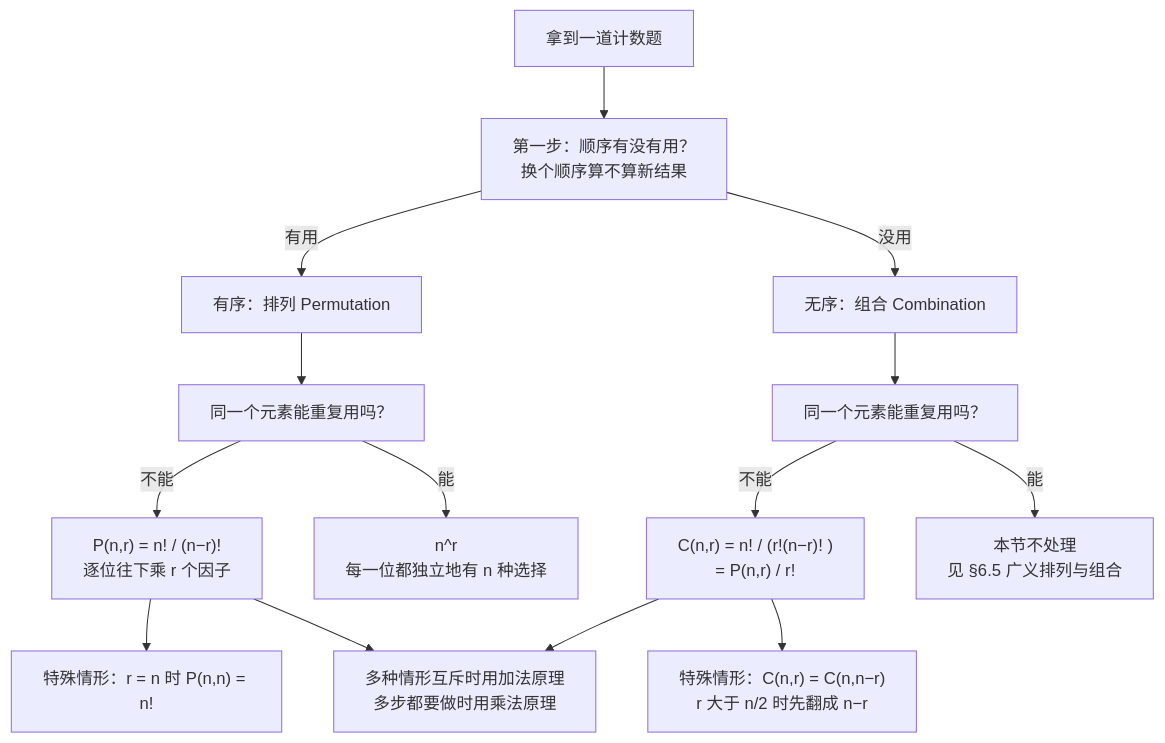
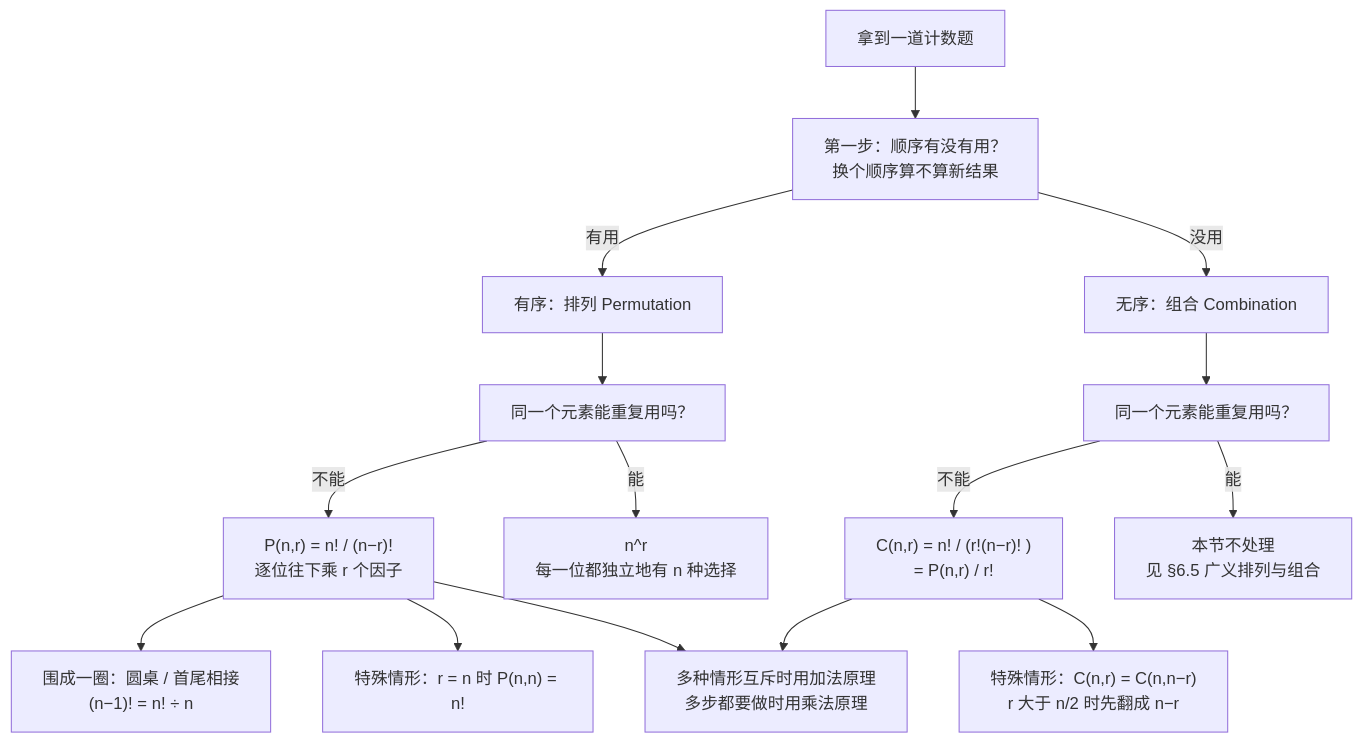
One commit to KayeAdams515/ClaudeNotes changed the second of 2 diagrams in 离散数学/C6.3 排列与组合 Permutations and Combinations.md. Above: the diagram before and after it, drawn with Mermaid. The commit also changed other lines of this file and 777 other files, not shown here.

````diff
--- a/离散数学/C6.3 排列与组合 Permutations and Combinations.md
+++ b/离散数学/C6.3 排列与组合 Permutations and Combinations.md
@@ -827,16 +947,17 @@
 ```mermaid
 graph TD
     A["拿到一道计数题"] --> B["第一步：顺序有没有用？<br/>换个顺序算不算新结果"]
     B -->|有用| C["有序：排列 Permutation"]
     B -->|没用| D["无序：组合 Combination"]
     C --> C1["同一个元素能重复用吗？"]
     C1 -->|不能| C2["P(n,r) = n! / (n−r)!<br/>逐位往下乘 r 个因子"]
+    C2 --> C4["围成一圈：圆桌 / 首尾相接<br/>(n−1)! = n! ÷ n"]
     C1 -->|能| C3["n^r<br/>每一位都独立地有 n 种选择"]
     D --> D1["同一个元素能重复用吗？"]
     D1 -->|不能| D2["C(n,r) = n! / (r!(n−r)! )<br/>= P(n,r) / r!"]
     D1 -->|能| D3["本节不处理<br/>见 §6.5 广义排列与组合"]
     C2 --> E["特殊情形：r = n 时 P(n,n) = n!"]
     D2 --> F["特殊情形：C(n,r) = C(n,n−r)<br/>r 大于 n/2 时先翻成 n−r"]
     C2 --> G["多种情形互斥时用加法原理<br/>多步都要做时用乘法原理"]
     D2 --> G
 ```
````
